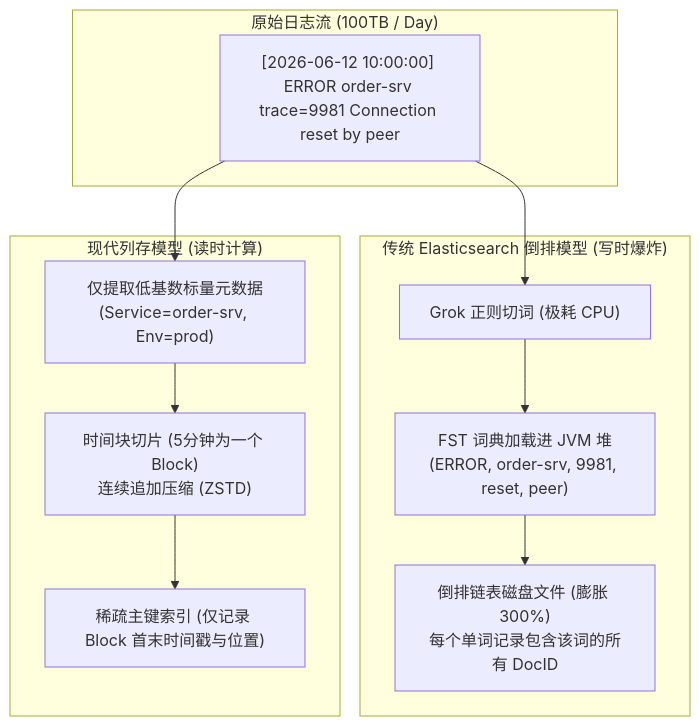
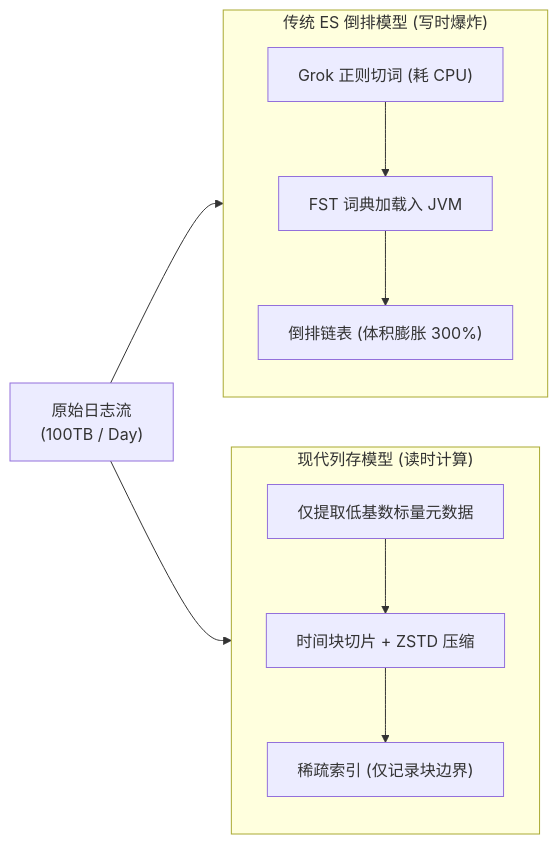
The first of 3 diagrams in content/posts/interview-deep-dives/interview-57-distributed-log-search-system-design.md (MoreConsequence/MoreConsequence.github.io), drawn with Mermaid before and after one commit. The commit also changed other lines of this file and 835 other files, not shown here.

First line of the commit message:
feat(blog): 全站33篇新增深度专栏与博文全量审核上线及矢量图表优化

````diff
--- a/content/posts/interview-deep-dives/interview-57-distributed-log-search-system-design.md
+++ b/content/posts/interview-deep-dives/interview-57-distributed-log-search-system-design.md
@@ -53,20 +53,23 @@
 ```mermaid
-flowchart TD
-    subgraph LogInput["原始日志流 (100TB / Day)"]
-        RawLog["[2026-06-12 10:00:00] ERROR order-srv trace=9981 Connection reset by peer"]
-    end
+flowchart LR
+    RawLog["原始日志流<br/>(100TB / Day)"]
 
-    subgraph ElasticModel["传统 Elasticsearch 倒排模型 (写时爆炸)"]
-        Tokenizer["Grok 正则切词 (极耗 CPU)"]
-        FST["FST 词典加载进 JVM 堆\n(ERROR, order-srv, 9981, reset, peer)"]
-        Postings["倒排链表磁盘文件 (膨胀 300%)\n每个单词记录包含该词的所有 DocID"]
-        RawLog --> Tokenizer --> FST --> Postings
+    subgraph ElasticModel["传统 ES 倒排模型 (写时爆炸)"]
+        direction TB
+        Tokenizer["Grok 正则切词 (耗 CPU)"]
+        FST["FST 词典加载入 JVM"]
+        Postings["倒排链表 (体积膨胀 300%)"]
+        Tokenizer --> FST --> Postings
     end
 
     subgraph ColumnarModel["现代列存模型 (读时计算)"]
-        LabelExtract["仅提取低基数标量元数据\n(Service=order-srv, Env=prod)"]
-        Chunker["时间块切片 (5分钟为一个 Block)\n连续追加压缩 (ZSTD)"]
-        SparseIndex["稀疏主键索引 (仅记录 Block 首末时间戳与位置)"]
-        RawLog --> LabelExtract --> Chunker --> SparseIndex
+        direction TB
+        LabelExtract["仅提取低基数标量元数据"]
+        Chunker["时间块切片 + ZSTD 压缩"]
+        SparseIndex["稀疏索引 (仅记录块边界)"]
+        LabelExtract --> Chunker --> SparseIndex
     end
+
+    RawLog --> ElasticModel
+    RawLog --> ColumnarModel
 ```
````
